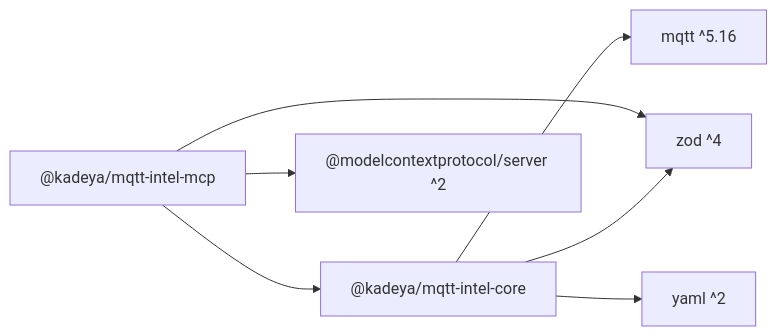
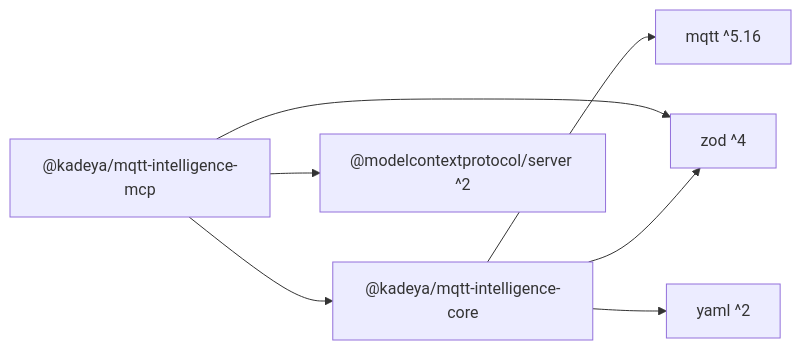
One commit to kadeyaorg/mqtt-intelligence-mcp changed the second of 6 diagrams in docs/proposal/03-architecture.md. Above: the diagram before and after it, drawn with Mermaid. The commit also changed other lines of this file and 63 other files, not shown here.

````diff
--- a/docs/proposal/03-architecture.md
+++ b/docs/proposal/03-architecture.md
@@ -148,9 +148,9 @@
 ```mermaid
 flowchart LR
-  mcp["@kadeya/mqtt-intel-mcp"] --> core["@kadeya/mqtt-intel-core"]
+  mcp["@kadeya/mqtt-intelligence-mcp"] --> core["@kadeya/mqtt-intelligence-core"]
   mcp --> sdk["@modelcontextprotocol/server ^2"]
   mcp --> zod["zod ^4"]
   core --> mqtt["mqtt ^5.16"]
   core --> zod
   core --> yaml["yaml ^2"]
 ```
````
